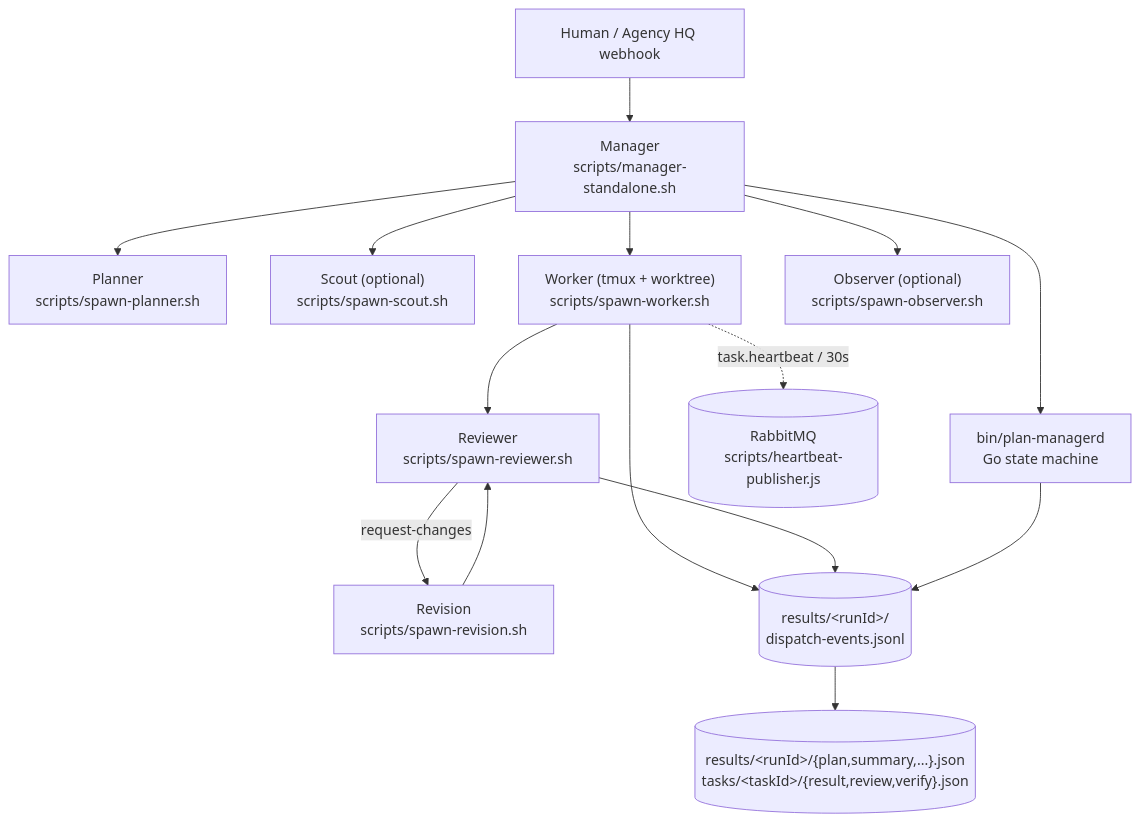
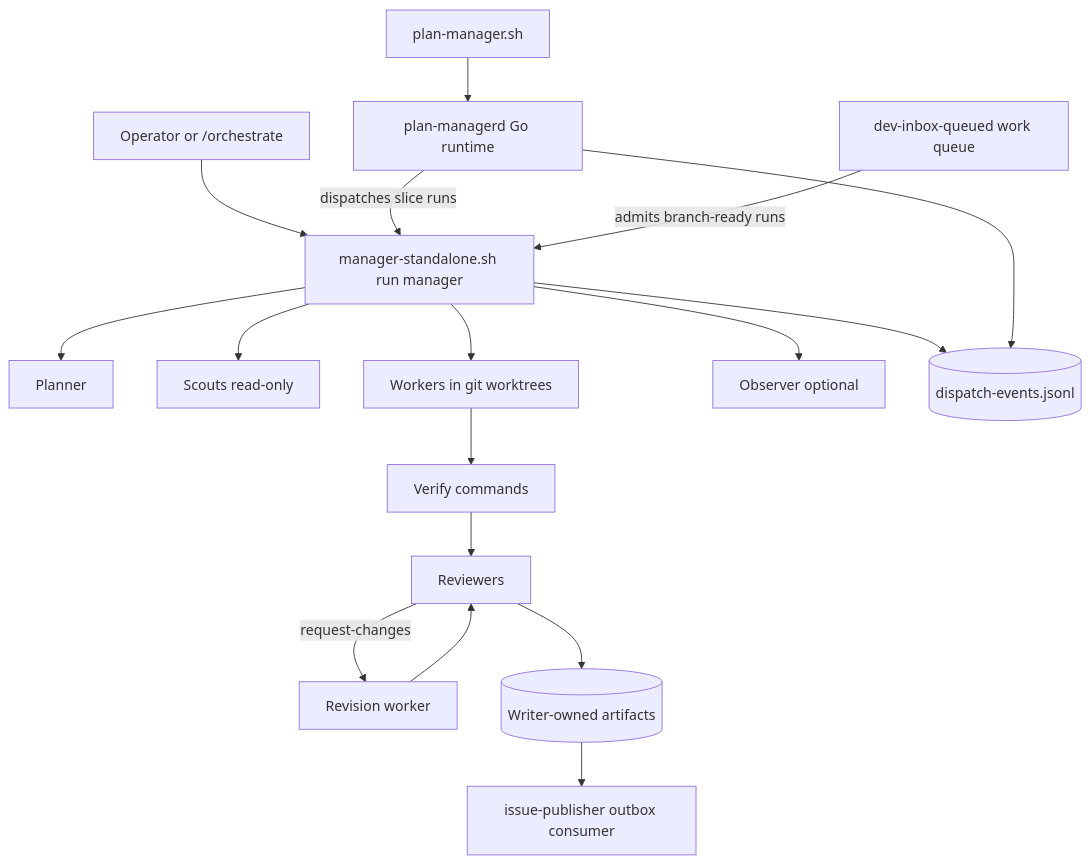
The diagram in content/repos/Jeffrey-Keyser-dev-inbox/Architecture.md (Jeffrey-Keyser/project-wiki), drawn with Mermaid before and after one commit. The commit also changed other lines of this file and 150 other files, not shown here.

````diff
--- a/content/repos/Jeffrey-Keyser-dev-inbox/Architecture.md
+++ b/content/repos/Jeffrey-Keyser-dev-inbox/Architecture.md
@@ -12,17 +32,19 @@
 ```mermaid
 flowchart TD
-    Human["Human / Agency HQ webhook"] --> Manager["Manager<br/>scripts/manager-standalone.sh"]
-    Manager --> Planner["Planner<br/>scripts/spawn-planner.sh"]
-    Manager --> Scout["Scout (optional)<br/>scripts/spawn-scout.sh"]
-    Manager --> Worker["Worker (tmux + worktree)<br/>scripts/spawn-worker.sh"]
-    Worker --> Reviewer["Reviewer<br/>scripts/spawn-reviewer.sh"]
-    Reviewer -->|request-changes| Revision["Revision<br/>scripts/spawn-revision.sh"]
-    Revision --> Reviewer
-    Manager --> Observer["Observer (optional)<br/>scripts/spawn-observer.sh"]
-    Manager --> PlanMgr["bin/plan-managerd<br/>Go state machine"]
-    Worker --> Events[("results/&lt;runId&gt;/<br/>dispatch-events.jsonl")]
-    Reviewer --> Events
-    PlanMgr --> Events
-    Events --> Projections[("results/&lt;runId&gt;/{plan,summary,...}.json<br/>tasks/&lt;taskId&gt;/{result,review,verify}.json")]
-    Worker -.->|task.heartbeat / 30s| RabbitMQ[("RabbitMQ<br/>scripts/heartbeat-publisher.js")]
+    OP["Operator or /orchestrate"] --> MS["manager-standalone.sh run manager"]
+    PMS["plan-manager.sh"] --> PMD["plan-managerd Go runtime"]
+    PMD -->|"dispatches slice runs"| MS
+    QD["dev-inbox-queued work queue"] -->|"admits branch-ready runs"| MS
+    MS --> PL["Planner"]
+    MS --> SC["Scouts read-only"]
+    MS --> WK["Workers in git worktrees"]
+    WK --> VF["Verify commands"]
+    VF --> RV["Reviewers"]
+    RV -->|"request-changes"| RS["Revision worker"]
+    RS --> RV
+    MS --> OB["Observer optional"]
+    MS --> EV[("dispatch-events.jsonl")]
+    RV --> AR[("Writer-owned artifacts")]
+    PMD --> EV
+    AR --> PUB["issue-publisher outbox consumer"]
 ```
````
